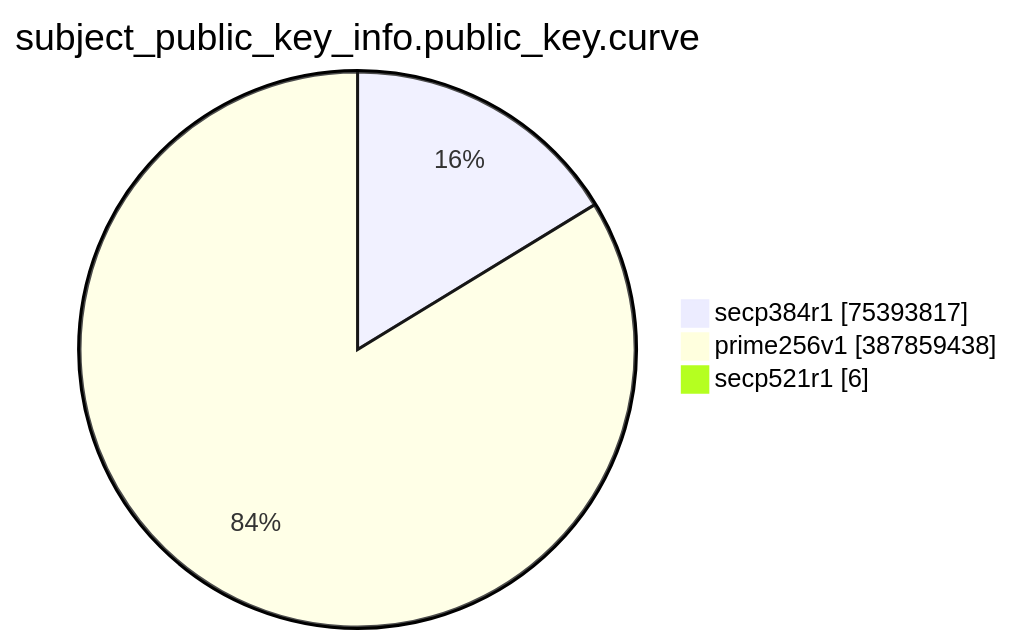
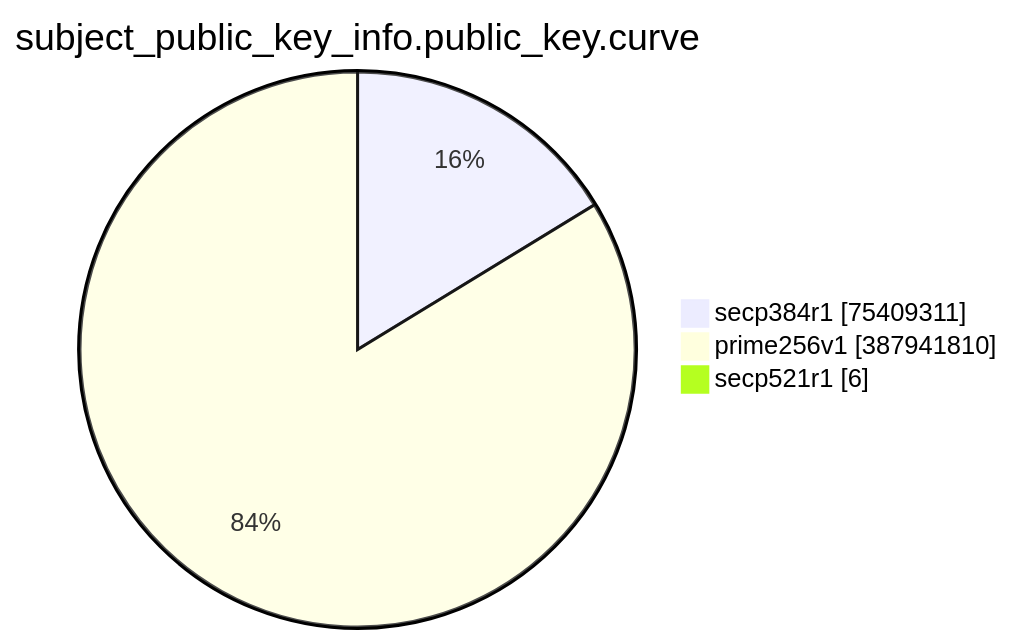
One commit to christiankrug/ctmonitor_visualization changed the eighth of 15 diagrams in TOTAL/README.md. Above: the diagram before and after it, drawn with Mermaid. The commit also changed other lines of this file, not shown here.

````diff
--- a/TOTAL/README.md
+++ b/TOTAL/README.md
@@ -3094,7 +3094,7 @@
 ```mermaid
 pie showData
 title subject_public_key_info.public_key.curve
-"secp384r1" :75393817
-"prime256v1" :387859438
+"secp384r1" :75409311
+"prime256v1" :387941810
 "secp521r1" :6
 ```
````
